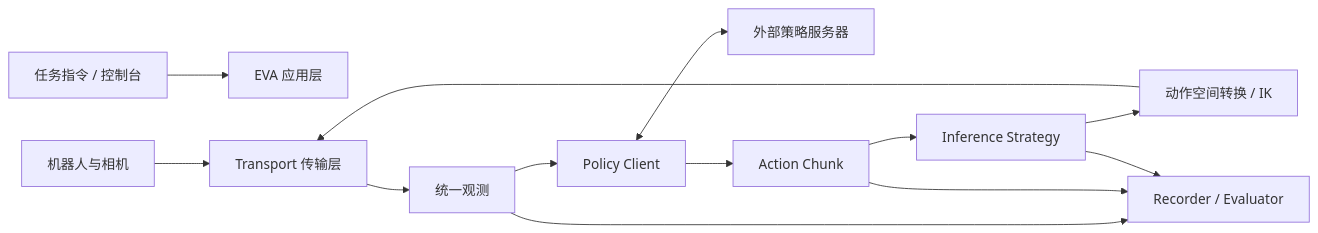
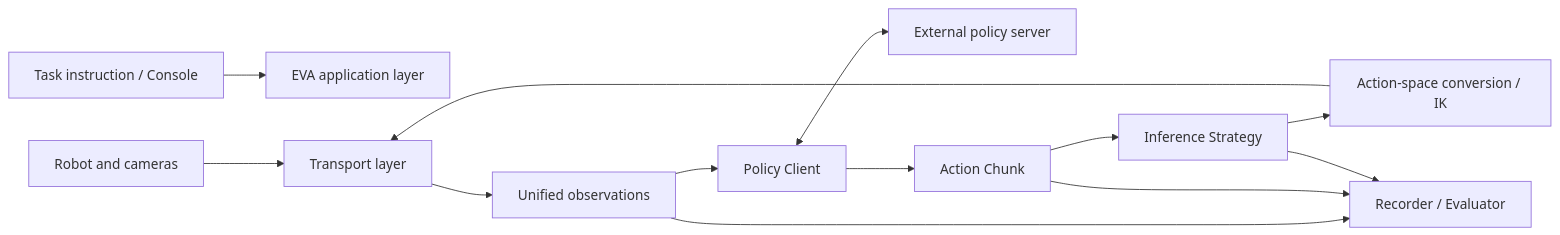
The diagram in en/06-manipulation-and-vla/大模型控制、VLA、VLM/19-EVA-Client真机部署与评测工程导航/README.md (CloudEngineHub/every-embodied), drawn with Mermaid before and after one commit. The commit also changed other lines of this file and 1 other file, not shown here.

Commit message:
docs: 完善英文图表与公式文本

````diff
--- a/en/06-manipulation-and-vla/大模型控制、VLA、VLM/19-EVA-Client真机部署与评测工程导航/README.md
+++ b/en/06-manipulation-and-vla/大模型控制、VLA、VLM/19-EVA-Client真机部署与评测工程导航/README.md
@@ -81,15 +81,15 @@
 ```mermaid
 flowchart LR
-    U[任务指令 / 控制台] --> APP[EVA 应用层]
-    R[机器人与相机] --> T[Transport 传输层]
-    T --> O[统一观测]
+    U[Task instruction / Console] --> APP[EVA application layer]
+    R[Robot and cameras] --> T[Transport layer]
+    T --> O[Unified observations]
     O --> PC[Policy Client]
-    PC <--> PS[外部策略服务器]
+    PC <--> PS[External policy server]
     PC --> C[Action Chunk]
     C --> S[Inference Strategy]
-    S --> X[动作空间转换 / IK]
+    S --> X[Action-space conversion / IK]
     X --> T
     O --> LOG[Recorder / Evaluator]
     C --> LOG
     S --> LOG
 ```
````
